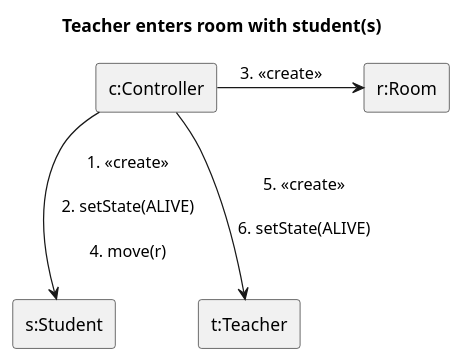
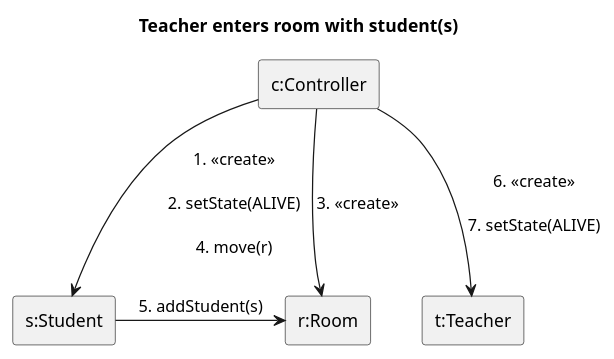
One commit to MBakter/echo changed the diagram in docs/communication_diagrams/ri_teacher_enter_student.plantuml. Above: the diagram before and after it, drawn with PlantUML. The commit also changed 8 other files, not shown here.

```diff
--- a/docs/communication_diagrams/ri_teacher_enter_student.plantuml
+++ b/docs/communication_diagrams/ri_teacher_enter_student.plantuml
@@ -1,11 +1,12 @@
 @startuml student_enter_curse
 title Teacher enters room with student(s)
 skinparam linestyle ortho
 rectangle "c:Controller" as c
 rectangle "r:Room" as r
 rectangle "s:Student" as s
 rectangle "t:Teacher" as t
 c --> s: 1. <<create>>\n\n2. setState(ALIVE)\n\n4. move(r)
-c --> t: 5. <<create>>\n\n6. setState(ALIVE)
+c --> t: 6. <<create>>\n\n7. setState(ALIVE)
 c -> r: 3. <<create>>\t
+s->r: 5. addStudent(s)
 @enduml
```
